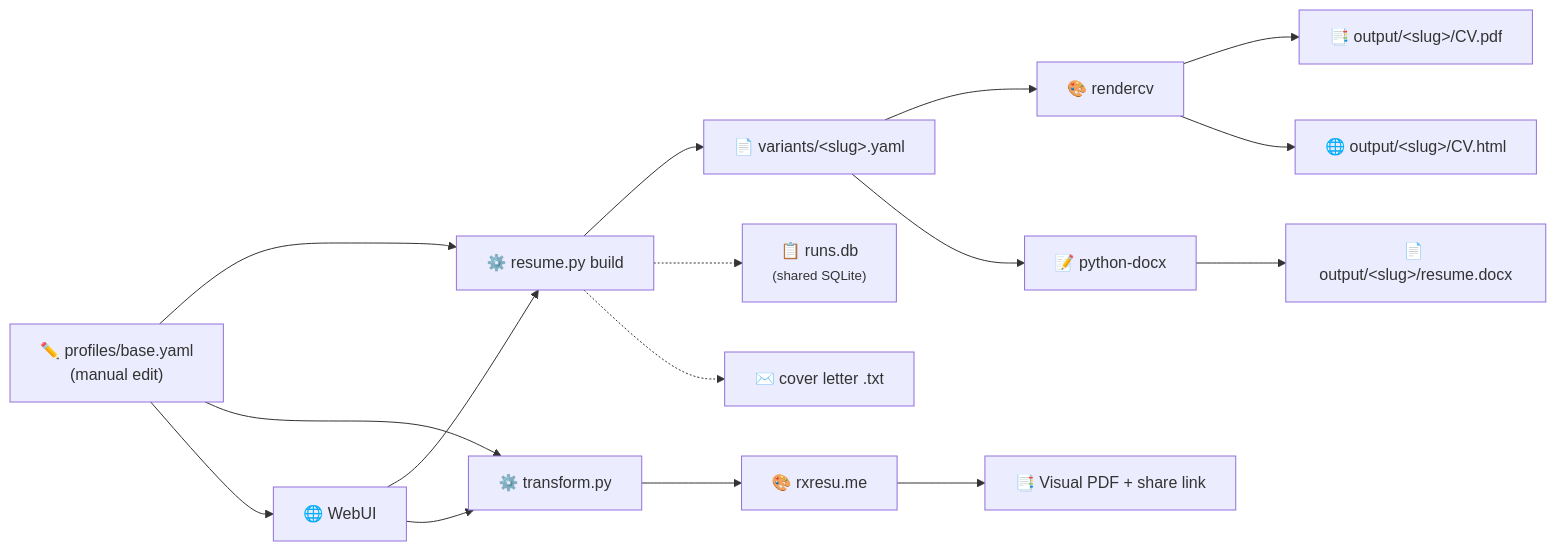
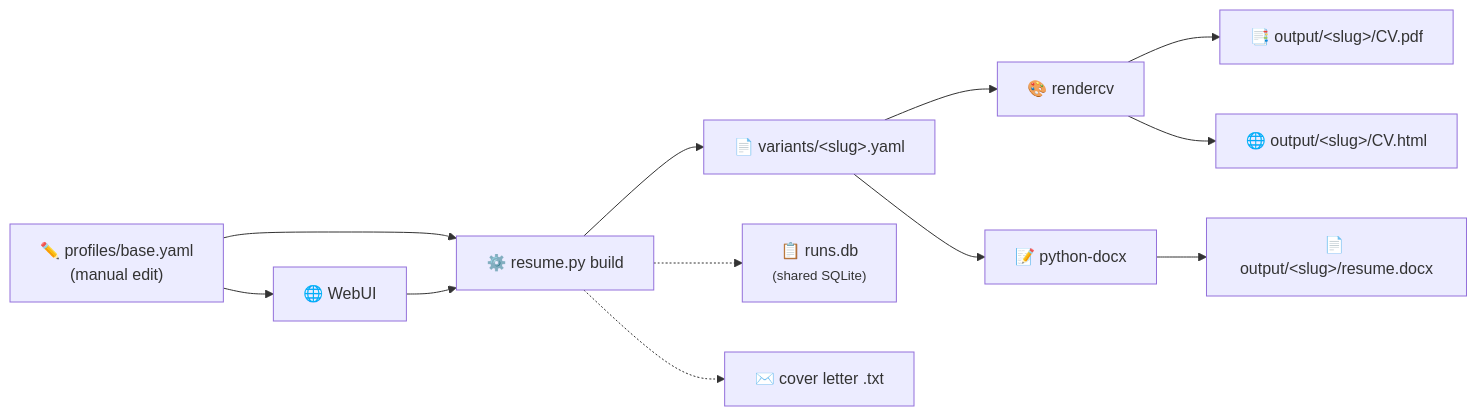
One commit to jxjwilliam/resume-generator changed the first of 2 diagrams in README.md. Above: the diagram before and after it, drawn with Mermaid. The commit also changed other lines of this file and 45 other files, not shown here.

````diff
--- a/README.md
+++ b/README.md
@@ -66,18 +65,14 @@
 ```mermaid
 flowchart LR
     A["✏️ profiles/base.yaml<br/>(manual edit)"] --> B["⚙️ resume.py build"]
-    A --> T["⚙️ transform.py"]
     A --> U["🌐 WebUI"]
     U --> B
-    U --> T
     B --> C["📄 variants/&lt;slug&gt;.yaml"]
     C --> D["🎨 rendercv"]
     C --> W["📝 python-docx"]
     D --> E["📑 output/&lt;slug&gt;/CV.pdf"]
     D --> F["🌐 output/&lt;slug&gt;/CV.html"]
     W --> X["📄 output/&lt;slug&gt;/resume.docx"]
-    T --> R["🎨 rxresu.me"]
-    R --> G["📑 Visual PDF + share link"]
     B -.-> H["📋 runs.db<br/><small>(shared SQLite)</small>"]
     B -.-> L["✉️ cover letter .txt"]
 ```
````
